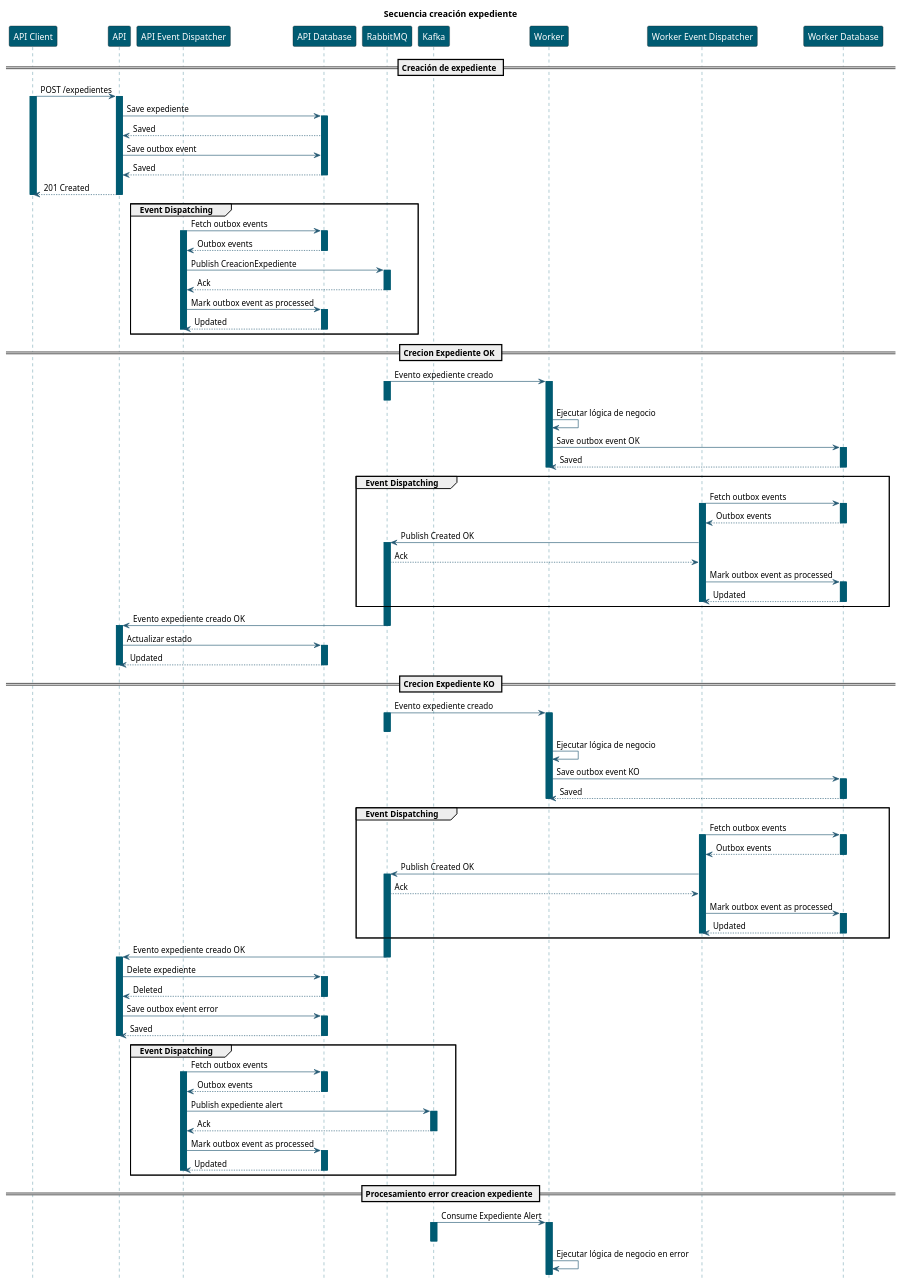
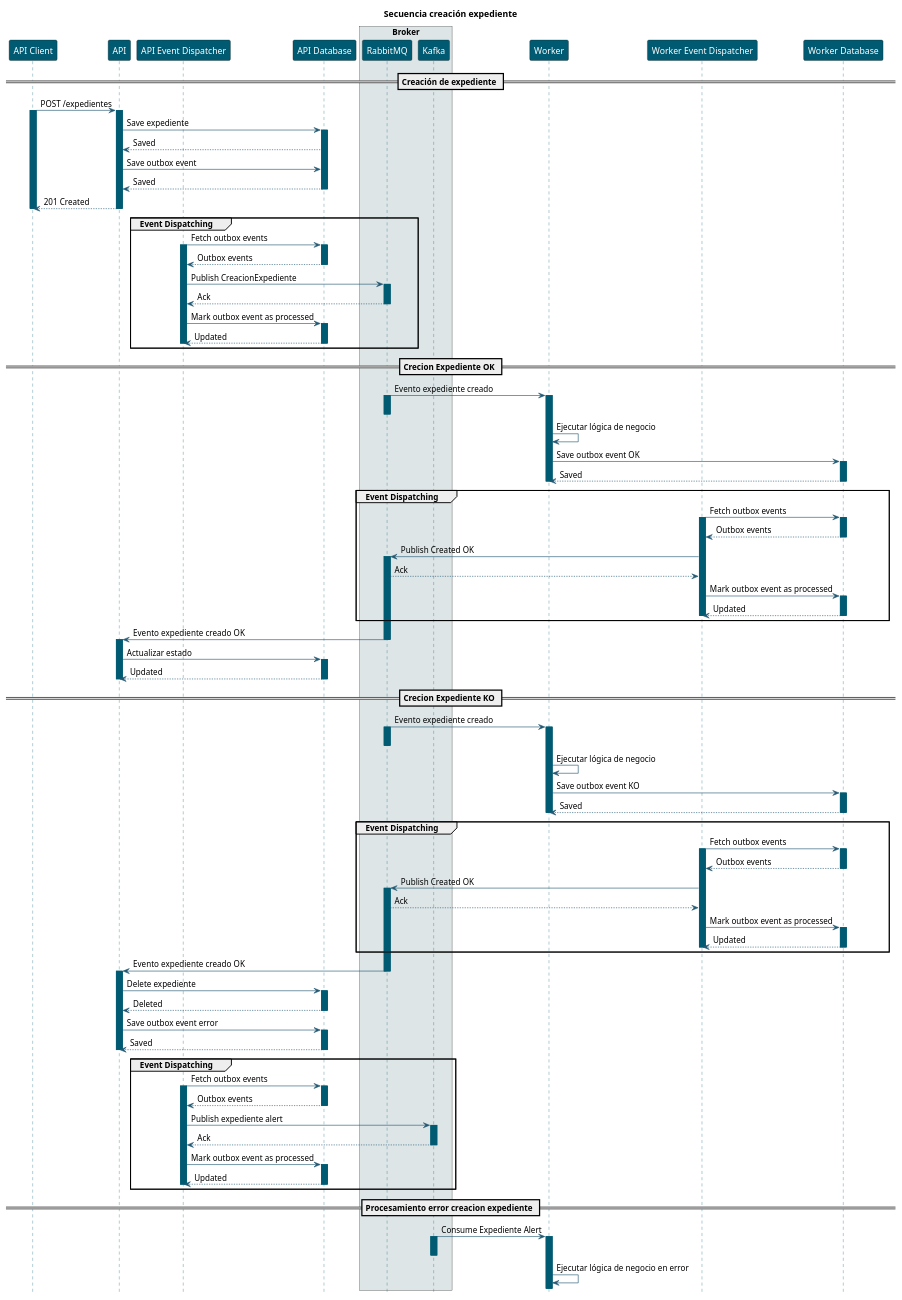
One commit to labcabrera/sample-jakarta-basic-saga changed the diagram in diagrams/creacion-expediente-sequence.plantuml. Above: the diagram before and after it, drawn with PlantUML. The commit also changed 20 other files, not shown here.

```diff
--- a/diagrams/creacion-expediente-sequence.plantuml
+++ b/diagrams/creacion-expediente-sequence.plantuml
@@ -1,161 +1,163 @@
-@startuml Secuencia creación expediente
+@startuml sequence-diagram
 title Secuencia creación expediente
 hide footbox
 
 skinparam sequence {
     ParticipantBackgroundColor #005b72
     ParticipantFontColor #ffffff
     ArrowColor #235872
     LifeLineBorderColor #005b72
     LifeLineBackgroundColor #005b72
 }
 
 participant "API Client" as Client
 participant "API" as API
 participant "API Event Dispatcher" as ApiEventDispatcher
 participant "API Database" as ApiDB
-participant "RabbitMQ" as Rabbit
-participant "Kafka" as Kafka
+box "Broker" #dde5e7
+    participant "RabbitMQ" as Rabbit
+    participant "Kafka" as Kafka
+end box
 participant "Worker" as Worker
 participant "Worker Event Dispatcher" as WorkerEventDispatcher
 participant "Worker Database" as WorkerDB
 
 == Creación de expediente ==
 
 Client -> API: POST /expedientes
 activate Client
 activate API
 API -> ApiDB: Save expediente
 activate ApiDB
 ApiDB --> API: Saved
 API -> ApiDB: Save outbox event
 ApiDB --> API: Saved
 deactivate ApiDB
 API --> Client: 201 Created
 deactivate API
 deactivate Client
 
 group Event Dispatching
     ApiEventDispatcher -> ApiDB: Fetch outbox events
     activate ApiEventDispatcher
     activate ApiDB
     ApiDB --> ApiEventDispatcher: Outbox events
     deactivate ApiDB
     ApiEventDispatcher -> Rabbit: Publish CreacionExpediente
     activate Rabbit
     Rabbit --> ApiEventDispatcher: Ack
     deactivate Rabbit
     ApiEventDispatcher -> ApiDB: Mark outbox event as processed
     activate ApiDB
     ApiDB --> ApiEventDispatcher: Updated
     deactivate ApiDB
     deactivate ApiEventDispatcher
 end
 
 == Crecion Expediente OK ==
 
 Rabbit -> Worker: Evento expediente creado
 activate Rabbit
 deactivate Rabbit
 activate Worker
 Worker -> Worker: Ejecutar lógica de negocio
 Worker -> WorkerDB: Save outbox event OK
 activate WorkerDB
 WorkerDB --> Worker: Saved
 deactivate WorkerDB
 deactivate Worker
 
 group Event Dispatching
     WorkerEventDispatcher -> WorkerDB: Fetch outbox events
     activate WorkerEventDispatcher
     activate WorkerDB
     WorkerDB --> WorkerEventDispatcher: Outbox events
     deactivate WorkerDB
     WorkerEventDispatcher -> Rabbit: Publish Created OK
     activate Rabbit
     Rabbit --> WorkerEventDispatcher: Ack
     WorkerEventDispatcher -> WorkerDB: Mark outbox event as processed
     activate WorkerDB
     WorkerDB --> WorkerEventDispatcher: Updated
     deactivate WorkerEventDispatcher
     deactivate WorkerDB
 end
 
 Rabbit -> API: Evento expediente creado OK
 deactivate Rabbit
 activate API
 API -> ApiDB: Actualizar estado
 activate ApiDB
 ApiDB --> API: Updated
 deactivate ApiDB
 deactivate API
 
 == Crecion Expediente KO ==
 
 Rabbit -> Worker: Evento expediente creado
 activate Rabbit
 deactivate Rabbit
 activate Worker
 Worker -> Worker: Ejecutar lógica de negocio
 Worker -> WorkerDB: Save outbox event KO
 activate WorkerDB
 WorkerDB --> Worker: Saved
 deactivate WorkerDB
 deactivate Worker
 
 group Event Dispatching
     WorkerEventDispatcher -> WorkerDB: Fetch outbox events
     activate WorkerEventDispatcher
     activate WorkerDB
     WorkerDB --> WorkerEventDispatcher: Outbox events
     deactivate WorkerDB
     WorkerEventDispatcher -> Rabbit: Publish Created OK
     activate Rabbit
     Rabbit --> WorkerEventDispatcher: Ack
     WorkerEventDispatcher -> WorkerDB: Mark outbox event as processed
     activate WorkerDB
     WorkerDB --> WorkerEventDispatcher: Updated
     deactivate WorkerEventDispatcher
     deactivate WorkerDB
 end
 
 Rabbit -> API: Evento expediente creado OK
 deactivate Rabbit
 activate API
 API -> ApiDB: Delete expediente
 activate ApiDB
 ApiDB --> API: Deleted
 deactivate ApiDB
 
 API -> ApiDB: Save outbox event error
 activate ApiDB
 ApiDB --> API: Saved
 deactivate ApiDB
 deactivate API
 
 group Event Dispatching
     ApiEventDispatcher -> ApiDB: Fetch outbox events
     activate ApiEventDispatcher
     activate ApiDB
     ApiDB --> ApiEventDispatcher: Outbox events
     deactivate ApiDB
     ApiEventDispatcher -> Kafka: Publish expediente alert
     activate Kafka
     Kafka --> ApiEventDispatcher: Ack
     deactivate Kafka
     ApiEventDispatcher -> ApiDB: Mark outbox event as processed
     activate ApiDB
     ApiDB --> ApiEventDispatcher: Updated
     deactivate ApiDB
     deactivate ApiEventDispatcher
 end
 
 == Procesamiento error creacion expediente ==
 
 Kafka -> Worker: Consume Expediente Alert
 Activate Kafka
 deactivate Kafka
 activate Worker
 Worker -> Worker: Ejecutar lógica de negocio en error
 
 @enduml
```
